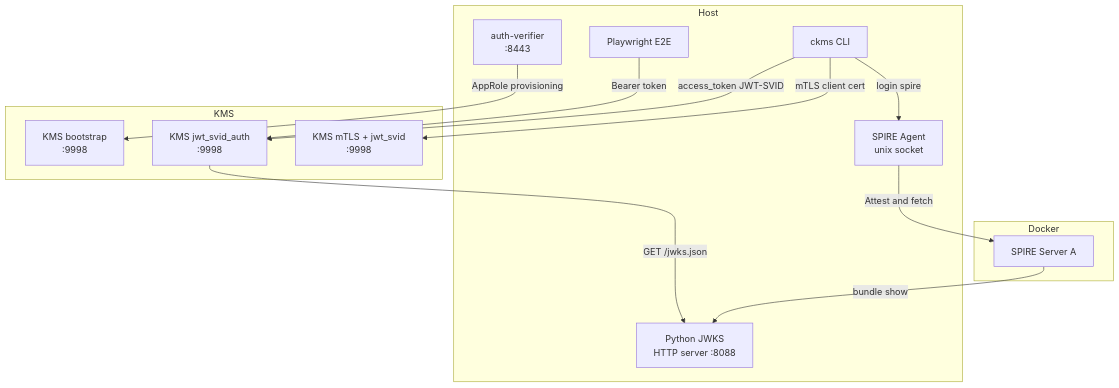
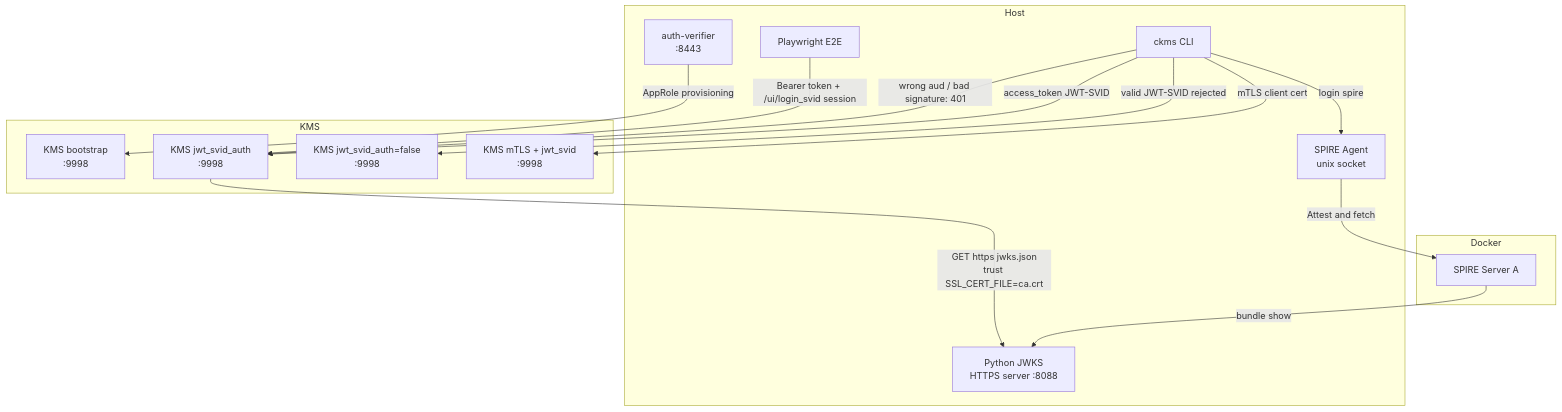
One commit to Cosmian/kms changed diagram 13 of 60 in .mise/tasks/test/README.md. Above: the diagram before and after it, drawn with Mermaid. The commit also changed other lines of this file and 31 other files, not shown here.

First line of the commit message:
fix(auth): harden SPIFFE JWT-SVID authentication after review

````diff
--- a/.mise/tasks/test/README.md
+++ b/.mise/tasks/test/README.md
@@ -410,29 +415,32 @@
 ```mermaid
 graph TB
     subgraph Host["Host"]
         CKMS2["ckms CLI"]
         Playwright["Playwright E2E"]
-        JWKS["Python JWKS<br/>HTTP server :8088"]
+        JWKS["Python JWKS<br/>HTTPS server :8088"]
         Agent["SPIRE Agent<br/>unix socket"]
         AuthVrf2["auth-verifier<br/>:8443"]
     end
 
     subgraph Docker2["Docker"]
         SPIRE_Srv["SPIRE Server A"]
     end
 
     subgraph KMS_Host["KMS"]
         K0["KMS bootstrap<br/>:9998"]
         K1["KMS jwt_svid_auth<br/>:9998"]
+        K3["KMS jwt_svid_auth=false<br/>:9998"]
         K2["KMS mTLS + jwt_svid<br/>:9998"]
     end
 
     AuthVrf2 --> |AppRole provisioning| K0
     SPIRE_Srv --> |bundle show| JWKS
-    K1 --> |GET /jwks.json| JWKS
+    K1 --> |GET https jwks.json<br/>trust SSL_CERT_FILE=ca.crt| JWKS
     CKMS2 --> |access_token JWT-SVID| K1
+    CKMS2 --> |wrong aud / bad signature: 401| K1
+    CKMS2 --> |valid JWT-SVID rejected| K3
     CKMS2 --> |login spire| Agent
     Agent --> |Attest and fetch| SPIRE_Srv
-    Playwright --> |Bearer token| K1
+    Playwright --> |Bearer token + /ui/login_svid session| K1
     CKMS2 --> |mTLS client cert| K2
 ```
````
